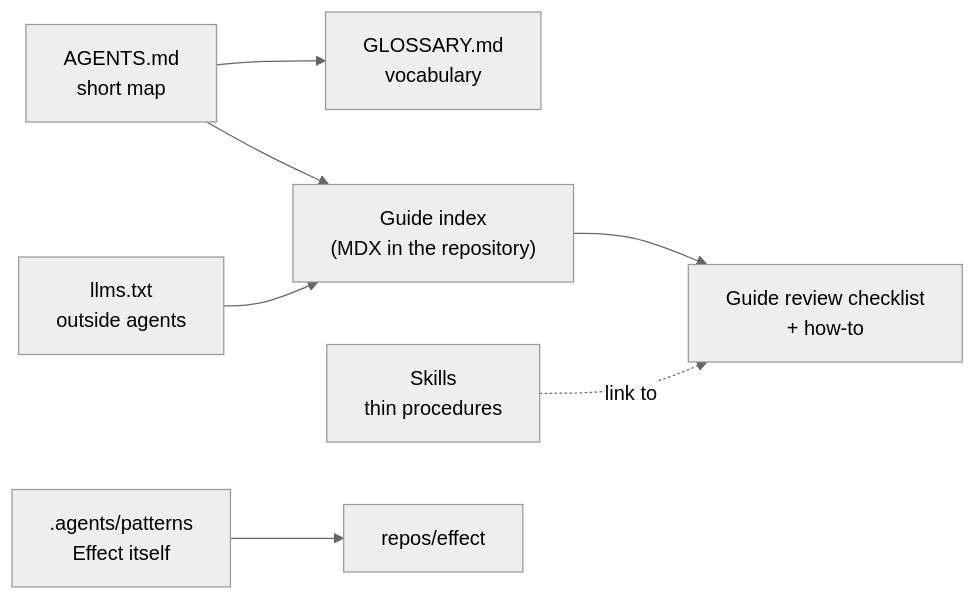
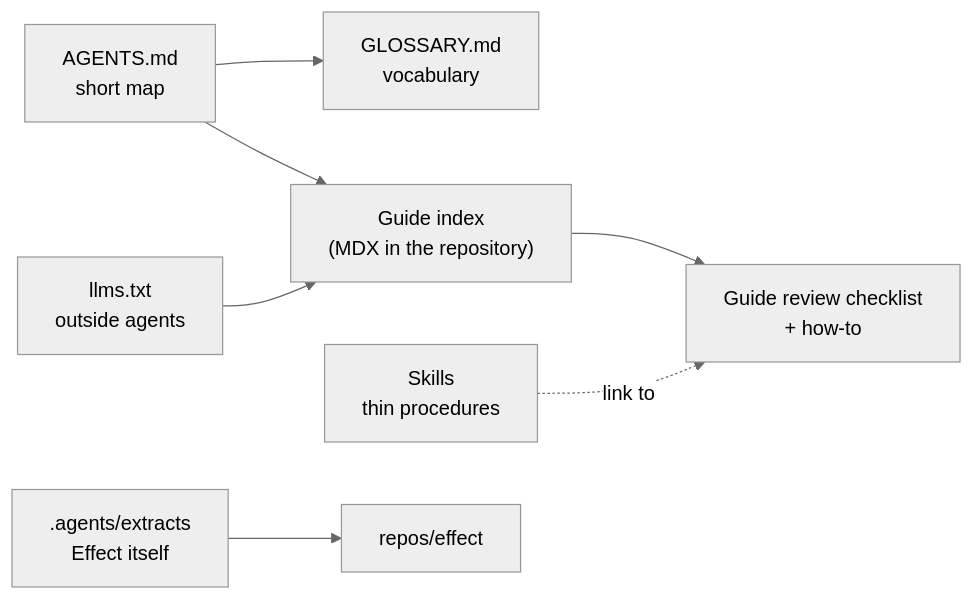
One commit to pietgk/viviefs changed the third of 3 diagrams in apps/docs/src/content/docs/index.mdx. Above: the diagram before and after it, drawn with Mermaid (neutral theme). The commit also changed 18 other files, not shown here.

````diff
--- a/apps/docs/src/content/docs/index.mdx
+++ b/apps/docs/src/content/docs/index.mdx
@@ -143,9 +143,9 @@
 ```mermaid
 flowchart LR
   AG["AGENTS.md<br/>short map"] --> GL["GLOSSARY.md<br/>vocabulary"]
   AG --> GI["Guide index<br/>(MDX in the repository)"]
   GI --> G1["Guide review checklist<br/>+ how-to"]
   SK["Skills<br/>thin procedures"] -. "link to" .-> G1
-  PAT[".agents/patterns<br/>Effect itself"] --> REPO["repos/effect"]
+  PAT[".agents/extracts<br/>Effect itself"] --> REPO["repos/effect"]
   LL["llms.txt<br/>outside agents"] --> GI
 ```
````
